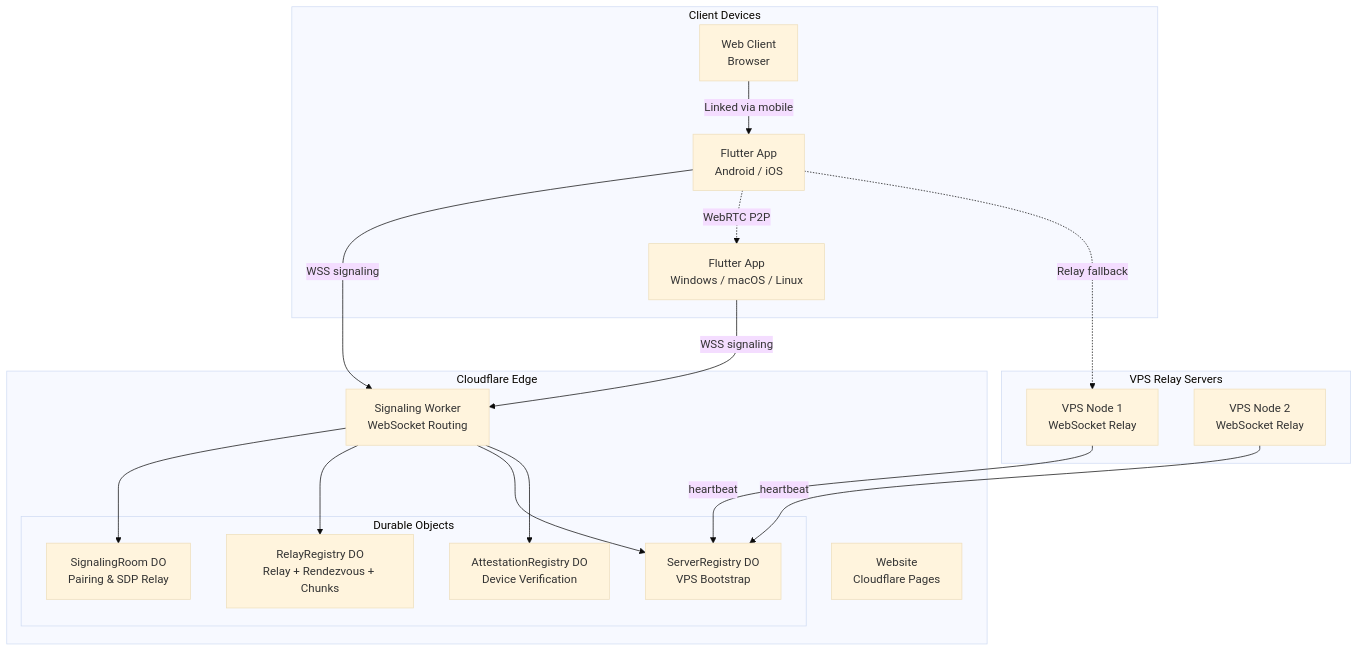
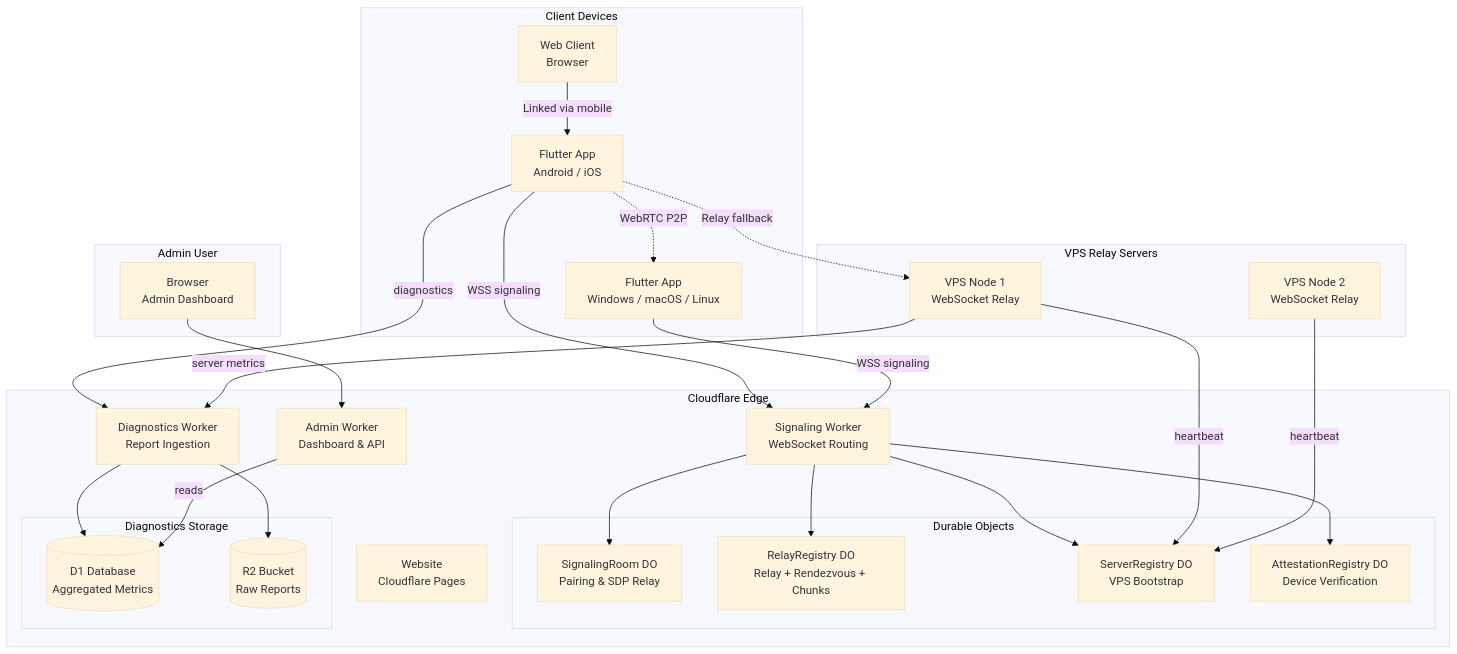
The first of 2 diagrams in packages/wiki/Architecture-Overview.md (Hamza-Labs-Core/zajel), drawn with Mermaid (base theme) before and after one commit. The commit also changed other lines of this file and 180 other files, not shown here.

First line of the commit message:
feat(admin): implement Epics 5-9 — server monitoring, AI issues, security, alerts, log correlation

````diff
--- a/packages/wiki/Architecture-Overview.md
+++ b/packages/wiki/Architecture-Overview.md
@@ -9,36 +9,52 @@
 ```mermaid
 graph TB
     subgraph "Client Devices"
         A1[Flutter App<br/>Android / iOS]
         A2[Flutter App<br/>Windows / macOS / Linux]
         A3[Web Client<br/>Browser]
     end
 
     subgraph "Cloudflare Edge"
         S1[Signaling Worker<br/>WebSocket Routing]
         subgraph "Durable Objects"
             DO1[SignalingRoom DO<br/>Pairing & SDP Relay]
             DO2[RelayRegistry DO<br/>Relay + Rendezvous + Chunks]
             DO3[ServerRegistry DO<br/>VPS Bootstrap]
             DO4[AttestationRegistry DO<br/>Device Verification]
         end
+        DX[Diagnostics Worker<br/>Report Ingestion]
+        subgraph "Diagnostics Storage"
+            D1DB[(D1 Database<br/>Aggregated Metrics)]
+            R2B[(R2 Bucket<br/>Raw Reports)]
+        end
+        ADM[Admin Worker<br/>Dashboard & API]
         W1[Website<br/>Cloudflare Pages]
     end
 
     subgraph "VPS Relay Servers"
         V1[VPS Node 1<br/>WebSocket Relay]
         V2[VPS Node 2<br/>WebSocket Relay]
+    end
+
+    subgraph "Admin User"
+        BR[Browser<br/>Admin Dashboard]
     end
 
     A1 -- "WSS signaling" --> S1
     A2 -- "WSS signaling" --> S1
     A3 -- "Linked via mobile" --> A1
     S1 --> DO1
     S1 --> DO2
     S1 --> DO3
     S1 --> DO4
     A1 -. "WebRTC P2P" .-> A2
     A1 -. "Relay fallback" .-> V1
     V1 -- "heartbeat" --> DO3
     V2 -- "heartbeat" --> DO3
+    A1 -- "diagnostics" --> DX
+    V1 -- "server metrics" --> DX
+    DX --> D1DB
+    DX --> R2B
+    ADM -- "reads" --> D1DB
+    BR --> ADM
 ```
````
